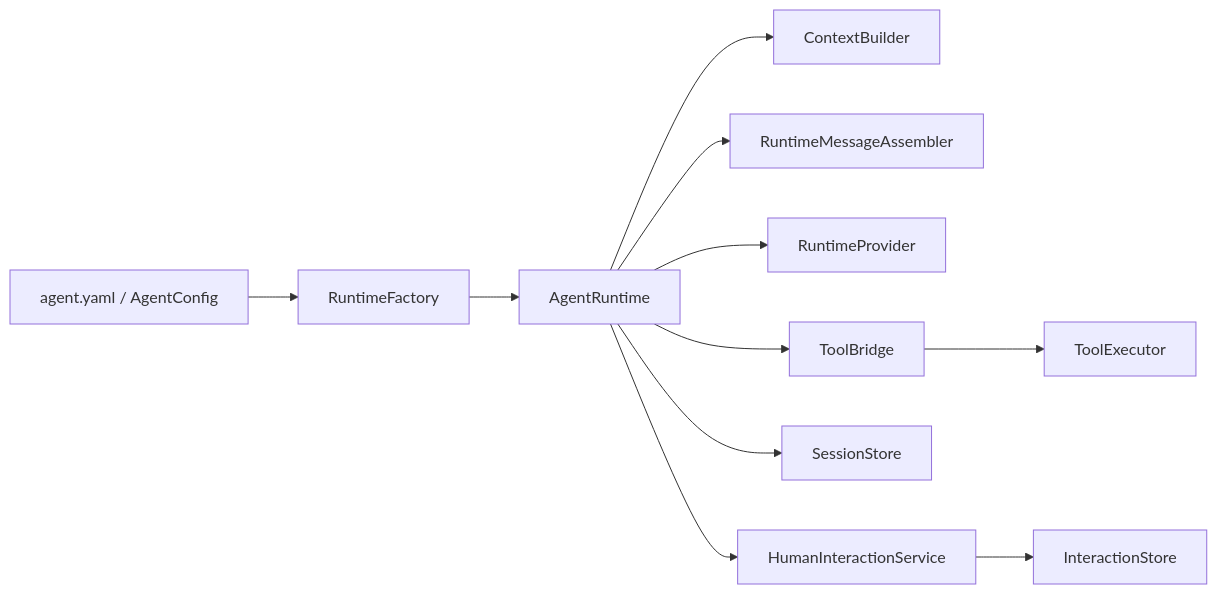
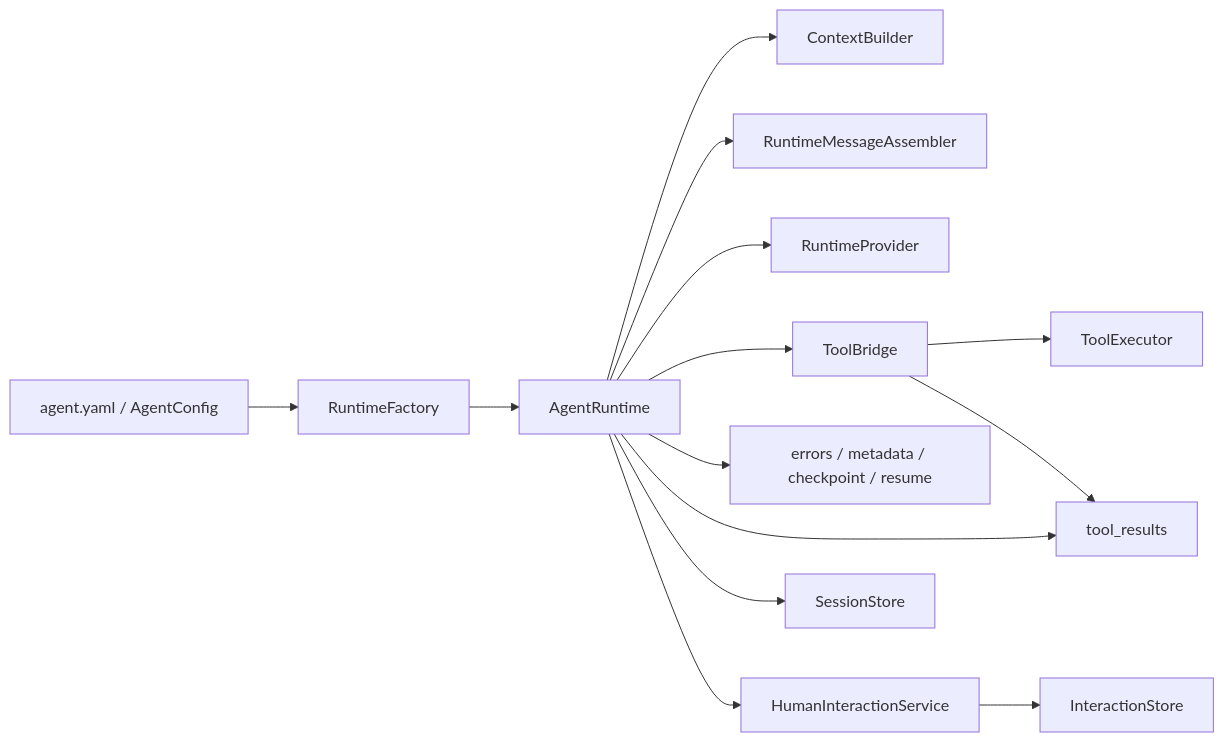
Before and after one commit to Tsubaki-01/Iris: the diagram in src/iris/runtime/README.md, drawn with Mermaid. The commit also changed other lines of this file and 3 other files, not shown here.

````diff
--- a/src/iris/runtime/README.md
+++ b/src/iris/runtime/README.md
@@ -12,13 +12,16 @@
 ```mermaid
 flowchart LR
     Config["agent.yaml / AgentConfig"] --> Factory["RuntimeFactory"]
     Factory --> Runtime["AgentRuntime"]
     Runtime --> Context["ContextBuilder"]
     Runtime --> Assembler["RuntimeMessageAssembler"]
     Runtime --> Provider["RuntimeProvider"]
     Runtime --> Bridge["ToolBridge"]
+    Runtime --> Helpers["errors / metadata / checkpoint / resume"]
+    Runtime --> Projection["tool_results"]
     Bridge --> Executor["ToolExecutor"]
+    Bridge --> Projection
     Runtime --> Session["SessionStore"]
     Runtime --> HITL["HumanInteractionService"]
     HITL --> InteractionStore["InteractionStore"]
 ```
````
